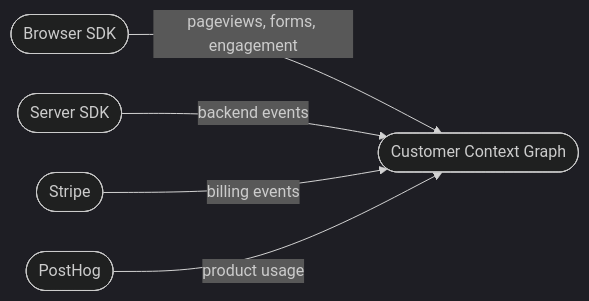
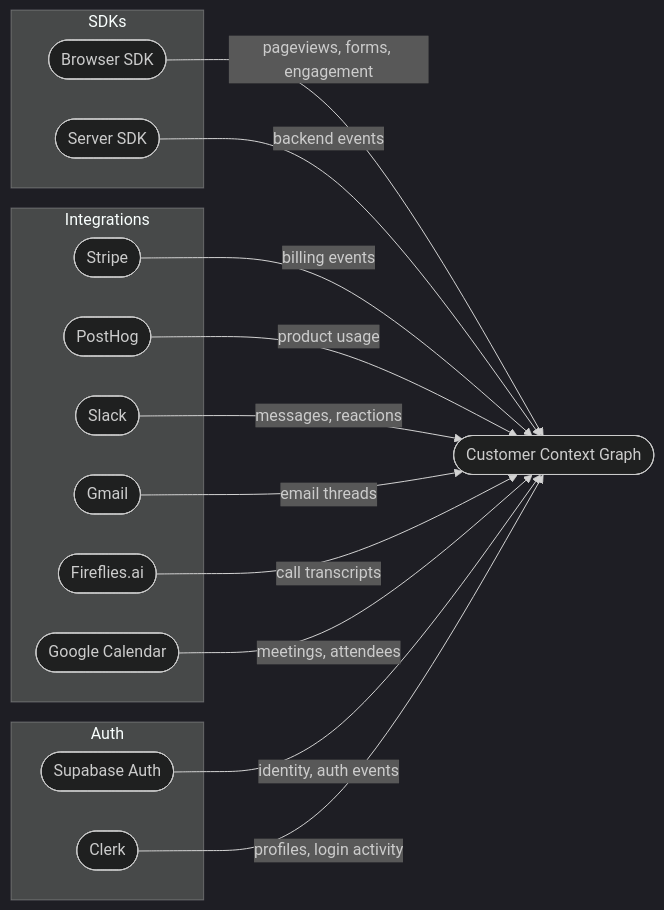
One commit to OutlitAI/outlit-sdk changed the diagram in docs/tracking/how-it-works.mdx. Above: the diagram before and after it, drawn with Mermaid. The commit also changed other lines of this file and 1 other file, not shown here.

Commit message:
docs: expand integrations list to match website, clarify browser SDK vs PostHog for visitor tracking

````diff
--- a/docs/tracking/how-it-works.mdx
+++ b/docs/tracking/how-it-works.mdx
@@ -12,8 +12,33 @@
 ```mermaid
 %%{init: {'theme': 'dark', 'flowchart': {'nodeSpacing': 40, 'rankSpacing': 50, 'curve': 'basis', 'padding': 15}}}%%
 flowchart LR
-    A([Browser SDK]) -->|pageviews, forms, engagement| D([Customer Context Graph])
-    B([Server SDK]) -->|backend events| D
-    C([Stripe]) -->|billing events| D
-    E([PostHog]) -->|product usage| D
+    subgraph SDKs
+        A([Browser SDK])
+        B([Server SDK])
+    end
+
+    subgraph Integrations
+        C([Stripe])
+        E([PostHog])
+        F([Slack])
+        G([Gmail])
+        H([Fireflies.ai])
+        I([Google Calendar])
+    end
+
+    subgraph Auth
+        J([Supabase Auth])
+        K([Clerk])
+    end
+
+    A -->|pageviews, forms, engagement| D([Customer Context Graph])
+    B -->|backend events| D
+    C -->|billing events| D
+    E -->|product usage| D
+    F -->|messages, reactions| D
+    G -->|email threads| D
+    H -->|call transcripts| D
+    I -->|meetings, attendees| D
+    J -->|identity, auth events| D
+    K -->|profiles, login activity| D
 ```
````
